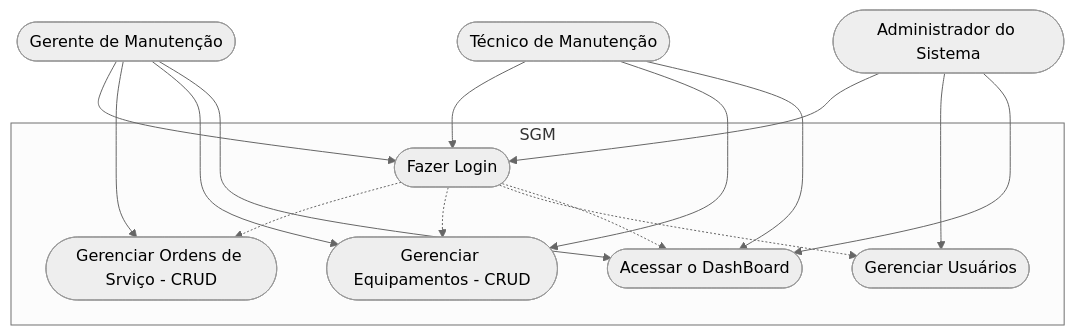
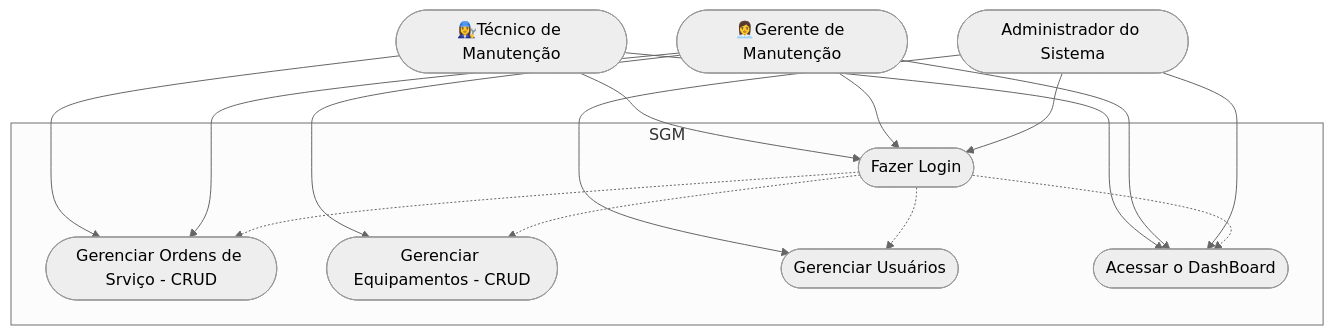
Before and after one commit to EnzoRodrigues1533/FrontEnd: the second of 3 diagrams in FrameWorks/Next/formativa-smg/README.md, drawn with Mermaid (neutral theme). The commit also changed other lines of this file and 6 other files, not shown here.

````diff
--- a/FrameWorks/Next/formativa-smg/README.md
+++ b/FrameWorks/Next/formativa-smg/README.md
@@ -103,35 +103,35 @@
 ```mermaid
 
 graph TD
 
     subgraph "SGM"
         caso1([Fazer Login])
         caso2([Gerenciar Ordens de Srviço - CRUD])
         caso3([Gerenciar Equipamentos - CRUD])
         caso4([Gerenciar Usuários])
         caso5([Acessar o DashBoard])
     end
 
-    Tecnico([Técnico de Manutenção])
-    Gerente([Gerente de Manutenção])
+    Tecnico([👩‍🔧Técnico de Manutenção])
+    Gerente([👩‍💼Gerente de Manutenção])
     Admin([Administrador do Sistema])
 
     Tecnico --> caso1
-    Tecnico --> caso3
+    Tecnico --> caso2
     Tecnico --> caso5
 
     Gerente --> caso1
     Gerente --> caso2
     Gerente --> caso3
     Gerente --> caso5
 
     Admin --> caso1
     Admin --> caso4
     Admin --> caso5
 
     caso1 -.-> caso2
     caso1 -.-> caso3
     caso1 -.-> caso4
     caso1 -.-> caso5
     
 ```
````
